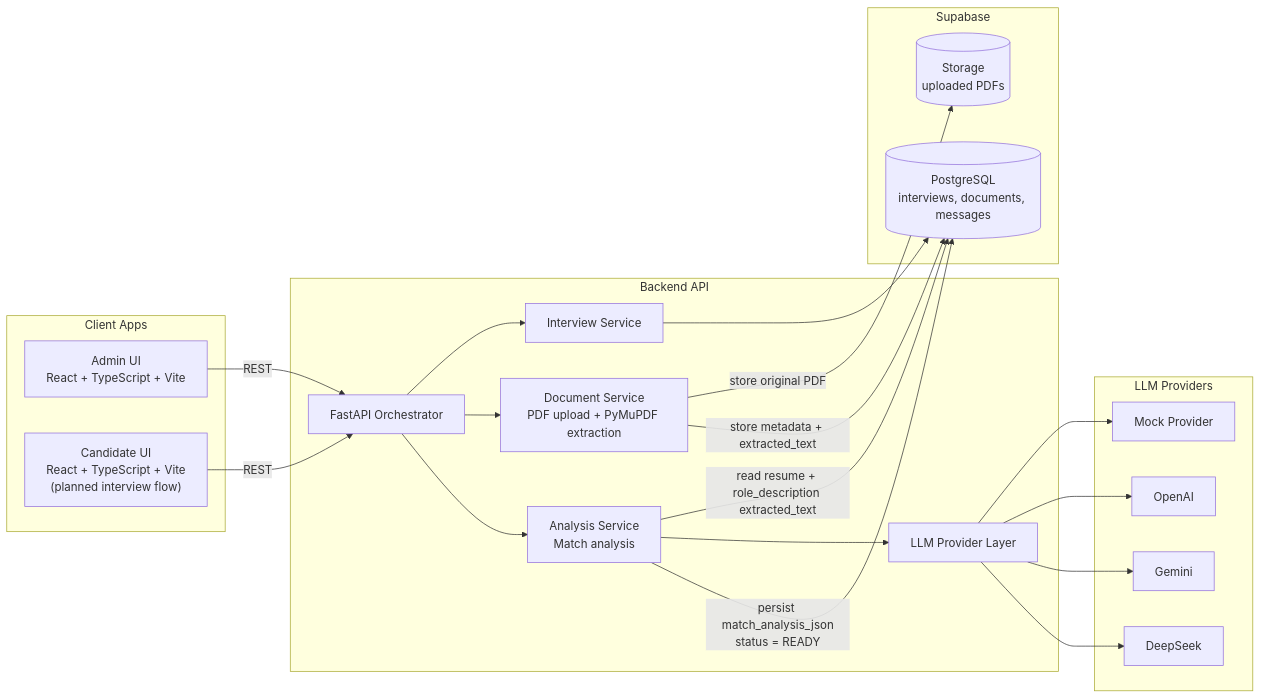
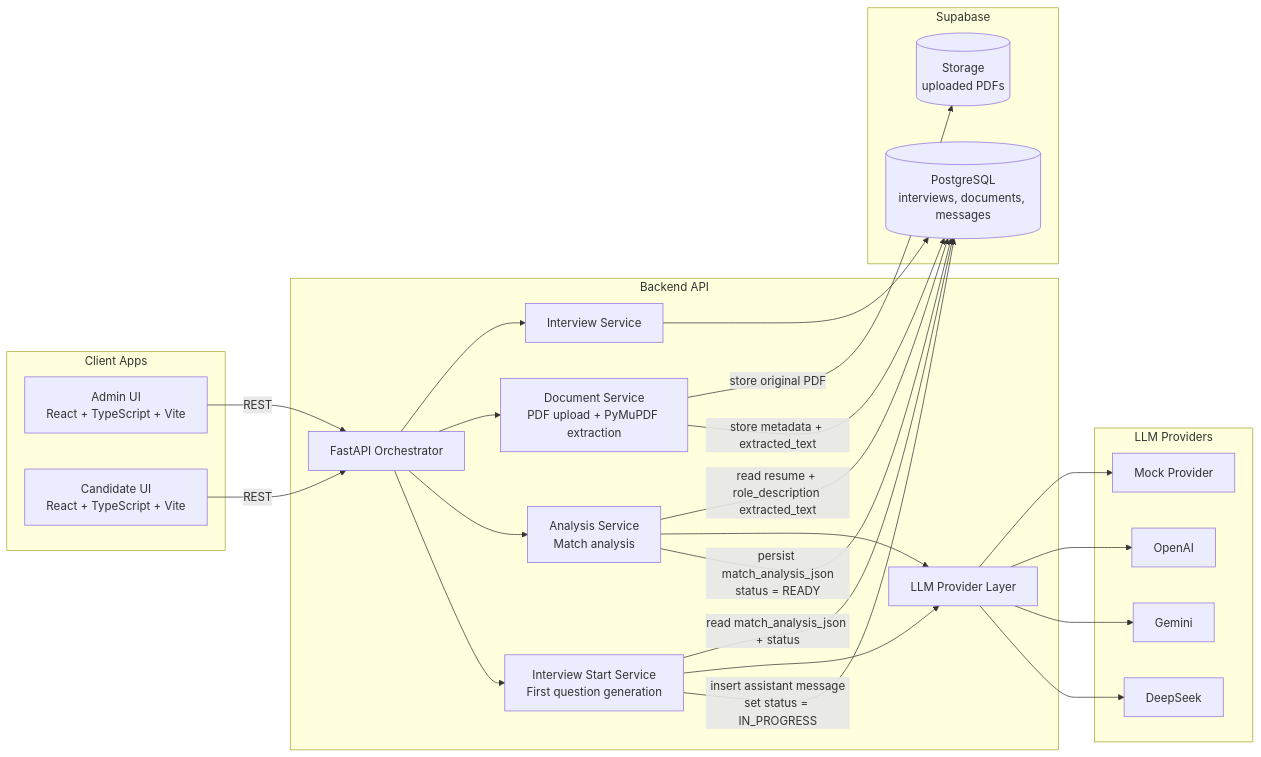
The diagram in README.md (joseluismuzikant/ai-interviewer-chatbot), drawn with Mermaid before and after one commit. The commit also changed other lines of this file and 16 other files, not shown here.

Commit message:
start interview completed

````diff
--- a/README.md
+++ b/README.md
@@ -70,47 +75,52 @@
 ```mermaid
 flowchart LR
   subgraph Client["Client Apps"]
     A["Admin UI<br/>React + TypeScript + Vite"]
-    C["Candidate UI<br/>React + TypeScript + Vite<br/>(planned interview flow)"]
+    C["Candidate UI<br/>React + TypeScript + Vite"]
   end
 
   subgraph Backend["Backend API"]
     B["FastAPI Orchestrator"]
     I["Interview Service"]
     DOC["Document Service<br/>PDF upload + PyMuPDF extraction"]
     AN["Analysis Service<br/>Match analysis"]
+    STS["Interview Start Service<br/>First question generation"]
     LLM["LLM Provider Layer"]
   end
 
   subgraph Supabase["Supabase"]
     DB[("PostgreSQL<br/>interviews, documents, messages")]
     ST[("Storage<br/>uploaded PDFs")]
   end
 
   subgraph Providers["LLM Providers"]
     M["Mock Provider"]
     O["OpenAI"]
     G["Gemini"]
     D["DeepSeek"]
   end
 
   A -->|"REST"| B
   C -->|"REST"| B
 
   B --> I
   B --> DOC
   B --> AN
+  B --> STS
 
   DOC -->|"store original PDF"| ST
   DOC -->|"store metadata + extracted_text"| DB
 
   I --> DB
   AN -->|"read resume + role_description extracted_text"| DB
   AN --> LLM
+  STS -->|"read match_analysis_json + status"| DB
+  STS --> LLM
   LLM --> M
   LLM --> O
   LLM --> G
   LLM --> D
 
   AN -->|"persist match_analysis_json<br/>status = READY"| DB
+  STS -->|"insert assistant message<br/>set status = IN_PROGRESS"| DB
 ```
````
